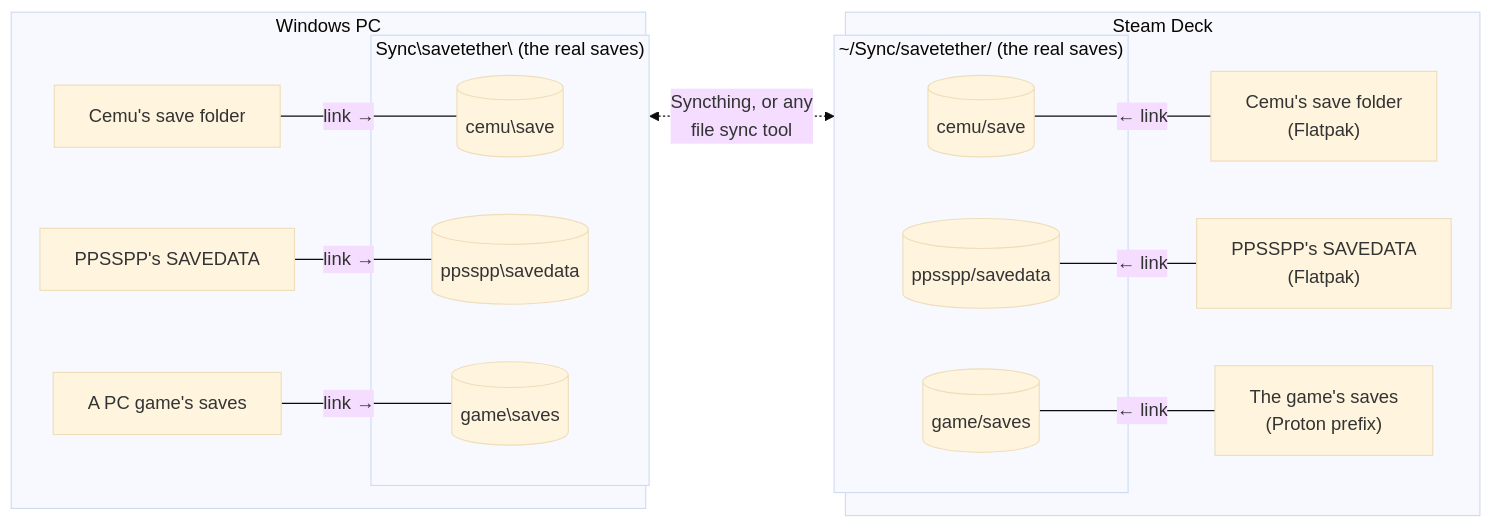
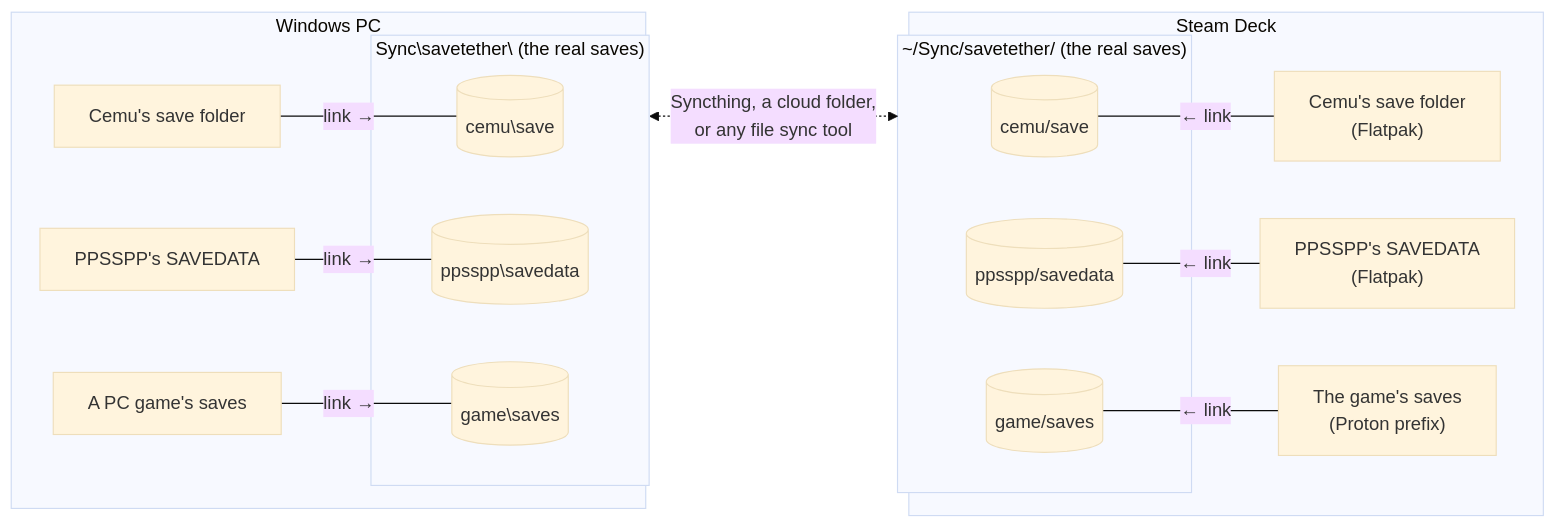
The diagram in README.md (carlocgc/SaveTether), drawn with Mermaid (base theme) before and after one commit. The commit also changed other lines of this file and 3 other files, not shown here.

````diff
--- a/README.md
+++ b/README.md
@@ -24,24 +26,24 @@
 ```mermaid
 flowchart LR
   subgraph PC["Windows PC"]
     PA["Cemu's save folder"] --- |"link →"| PSA[("cemu\save")]
     PB["PPSSPP's SAVEDATA"] --- |"link →"| PSB[("ppsspp\savedata")]
     PG["A PC game's saves"] --- |"link →"| PSG[("game\saves")]
     subgraph PCS["Sync\savetether\ (the real saves)"]
       PSA
       PSB
       PSG
     end
   end
   subgraph Deck["Steam Deck"]
     DSA[("cemu/save")] --- |"← link"| DAA["Cemu's save folder<br/>(Flatpak)"]
     DSB[("ppsspp/savedata")] --- |"← link"| DAB["PPSSPP's SAVEDATA<br/>(Flatpak)"]
     DSG[("game/saves")] --- |"← link"| DAG["The game's saves<br/>(Proton prefix)"]
     subgraph DS["~/Sync/savetether/ (the real saves)"]
       DSA
       DSB
       DSG
     end
   end
-  PCS <-. "Syncthing, or any<br/>file sync tool" .-> DS
+  PCS <-. "Syncthing, a cloud folder,<br/>or any file sync tool" .-> DS
 ```
````
